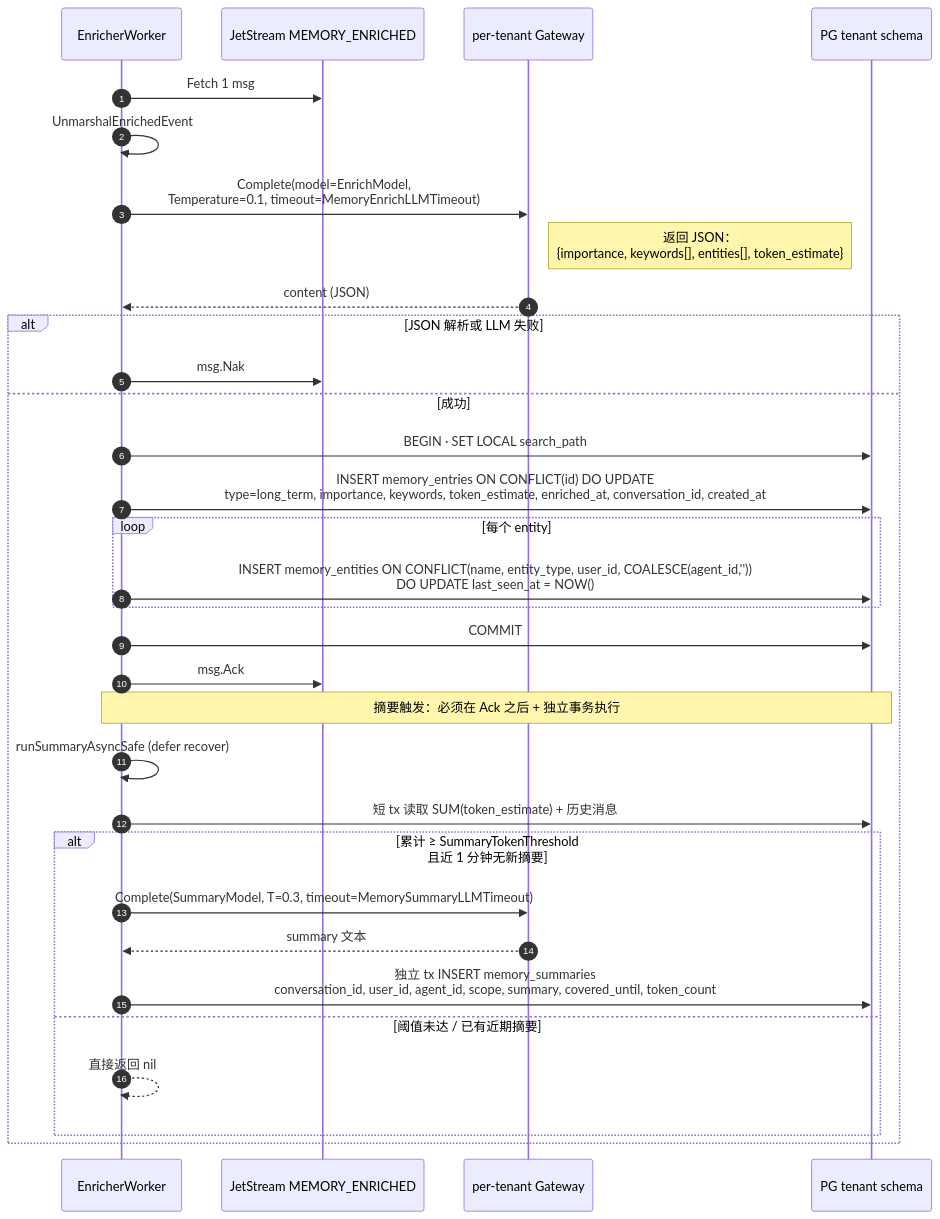
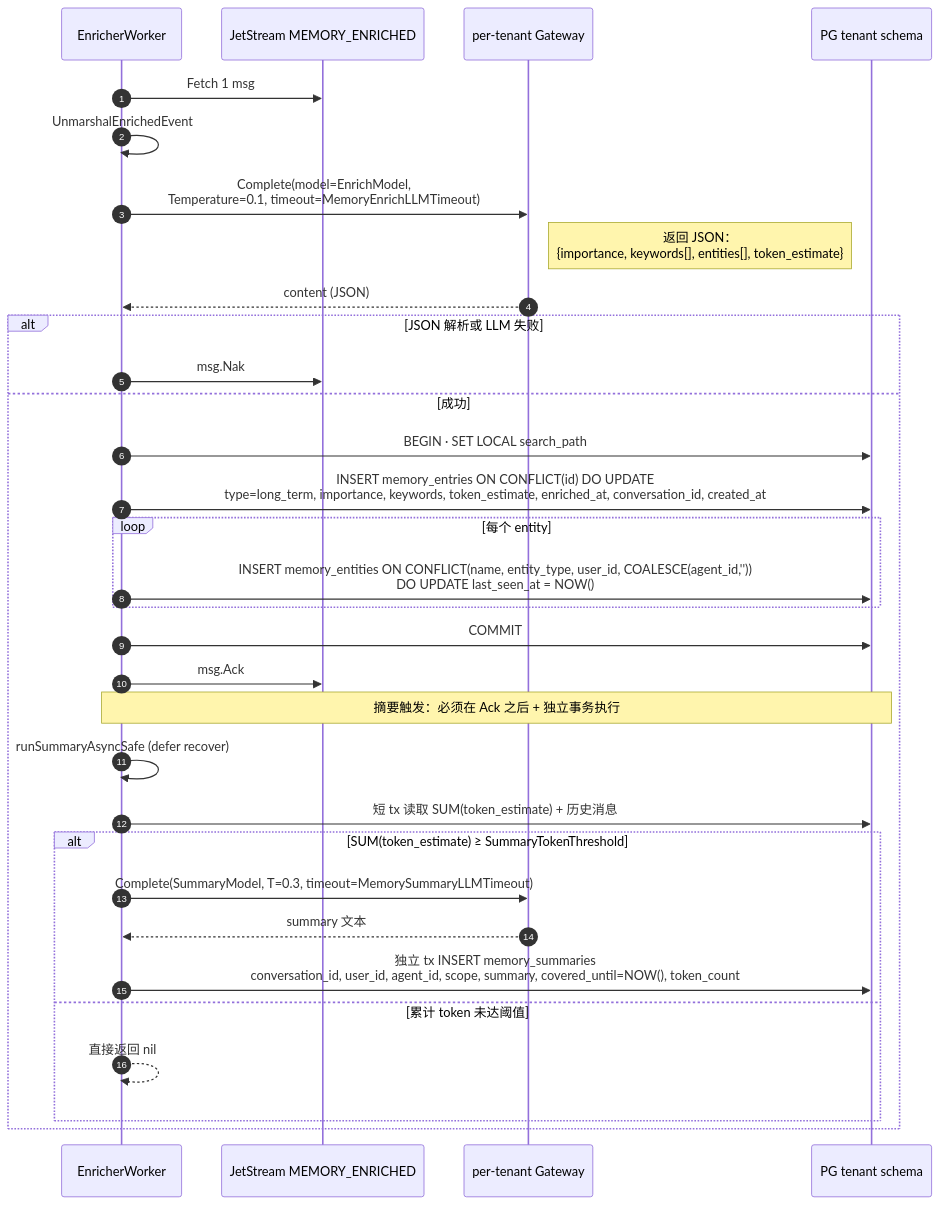
One commit to ArchChuan/Stratum changed diagram 15 of 23 in docs/agent/agent-chat-flow.md. Above: the diagram before and after it, drawn with Mermaid. The commit also changed other lines of this file and 20 other files, not shown here.

````diff
--- a/docs/agent/agent-chat-flow.md
+++ b/docs/agent/agent-chat-flow.md
@@ -652,36 +652,36 @@
 ```mermaid
 sequenceDiagram
     autonumber
     participant W as EnricherWorker
     participant JS as JetStream MEMORY_ENRICHED
     participant LLM as per-tenant Gateway
     participant DB as PG tenant schema
 
     W->>JS: Fetch 1 msg
     W->>W: UnmarshalEnrichedEvent
     W->>LLM: Complete(model=EnrichModel,<br/>Temperature=0.1, timeout=MemoryEnrichLLMTimeout)
     Note right of LLM: 返回 JSON：<br/>{importance, keywords[], entities[], token_estimate}
     LLM-->>W: content (JSON)
     alt JSON 解析或 LLM 失败
         W->>JS: msg.Nak
     else 成功
         W->>DB: BEGIN · SET LOCAL search_path
         W->>DB: INSERT memory_entries ON CONFLICT(id) DO UPDATE<br/>type=long_term, importance, keywords, token_estimate, enriched_at, conversation_id, created_at
         loop 每个 entity
             W->>DB: INSERT memory_entities ON CONFLICT(name, entity_type, user_id, COALESCE(agent_id,''))<br/>DO UPDATE last_seen_at = NOW()
         end
         W->>DB: COMMIT
         W->>JS: msg.Ack
 
         Note over W,DB: 摘要触发：必须在 Ack 之后 + 独立事务执行
         W->>W: runSummaryAsyncSafe (defer recover)
         W->>DB: 短 tx 读取 SUM(token_estimate) + 历史消息
-        alt 累计 ≥ SummaryTokenThreshold<br/>且近 1 分钟无新摘要
+        alt SUM(token_estimate) ≥ SummaryTokenThreshold
             W->>LLM: Complete(SummaryModel, T=0.3, timeout=MemorySummaryLLMTimeout)
             LLM-->>W: summary 文本
-            W->>DB: 独立 tx INSERT memory_summaries<br/>conversation_id, user_id, agent_id, scope, summary, covered_until, token_count
-        else 阈值未达 / 已有近期摘要
+            W->>DB: 独立 tx INSERT memory_summaries<br/>conversation_id, user_id, agent_id, scope, summary, covered_until=NOW(), token_count
+        else 累计 token 未达阈值
             W-->>W: 直接返回 nil
         end
     end
 ```
````
